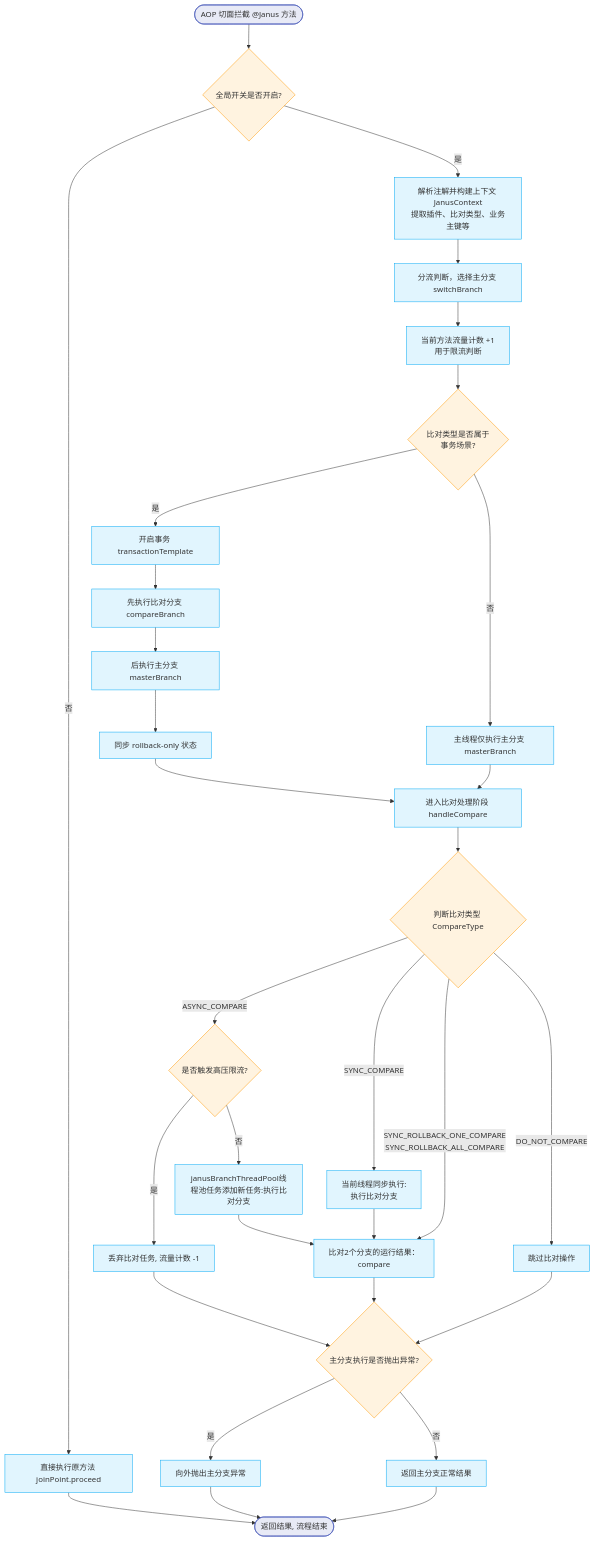
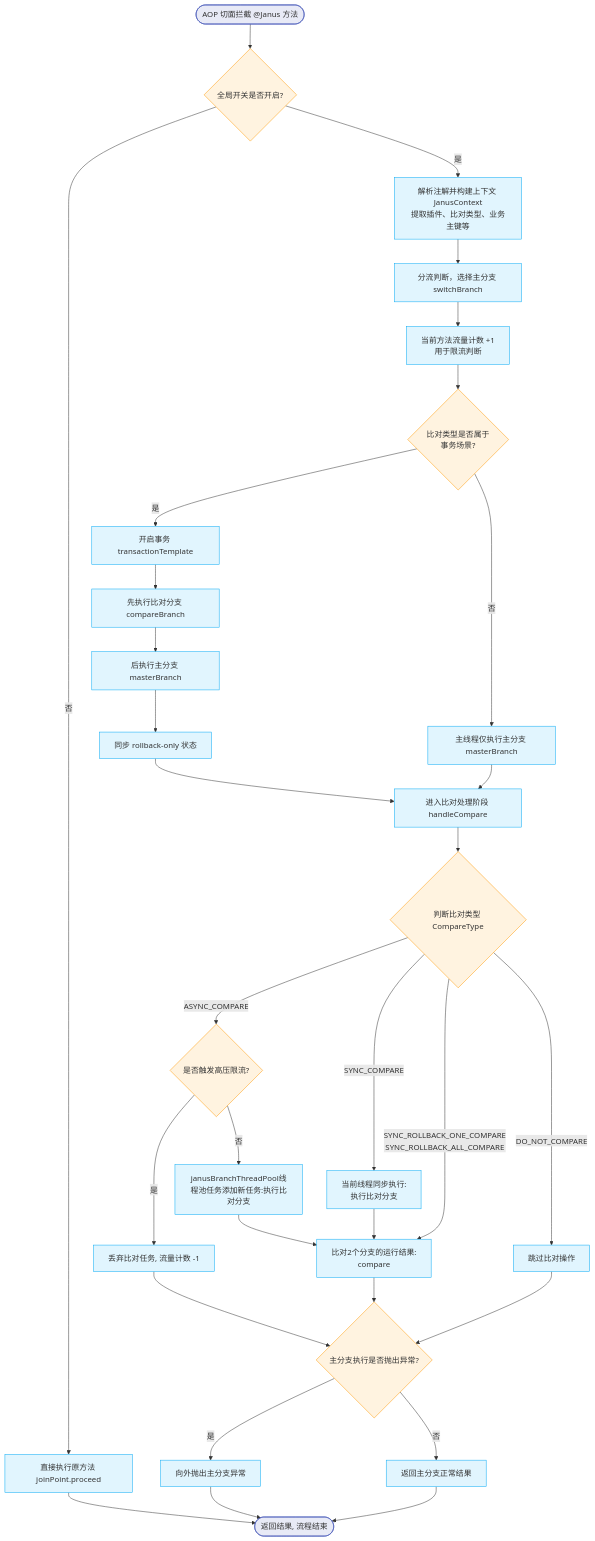
One commit to kenta-sun/Janus changed the diagram in README.md. Above: the diagram before and after it, drawn with Mermaid.

Commit message:
optimize: 补充 README.md

````diff
--- a/README.md
+++ b/README.md
@@ -670,59 +670,59 @@
 ```mermaid
 graph TD
     A([AOP 切面拦截 @Janus 方法]) --> B{全局开关是否开启?}
     
     B -- 否 --> C[直接执行原方法 joinPoint.proceed]
     C --> Z([返回结果, 流程结束])
     
     B -- 是 --> D[解析注解并构建上下文 JanusContext<br/>提取插件、比对类型、业务主键等]
     
     D --> E[分流判断，选择主分支 switchBranch]
     E --> F[当前方法流量计数 +1 <br/>用于限流判断]
     
     F --> G{比对类型是否属于<br/>事务场景?}
     
     G -- 是 --> H[开启事务 transactionTemplate]
     H --> I[先执行比对分支 compareBranch]
     I --> J[后执行主分支 masterBranch]
     J --> K[同步 rollback-only 状态]
     K --> M[进入比对处理阶段 handleCompare]
     
     G -- 否 --> L[主线程仅执行主分支 masterBranch]
     L --> M
     
     M --> N{判断比对类型 CompareType}
     
     N -- ASYNC_COMPARE --> O{是否触发高压限流?}
     O -- 是 --> P[丢弃比对任务, 流量计数 -1]
     O -- 否 --> Q[janusBranchThreadPool线程池任务添加新任务:执行比对分支]
     P --> U
     Q --> S
     
     N -- SYNC_COMPARE --> R[当前线程同步执行:<br/>执行比对分支]
     R --> S
     
-    N -- SYNC_ROLLBACK_ONE_COMPARE<br/>SYNC_ROLLBACK_ALL_COMPARE --> S
+    N -- "SYNC_ROLLBACK_ONE_COMPARE<br/>SYNC_ROLLBACK_ALL_COMPARE" --> S
     
-    S[比对2个分支的运行结果：<br/>compare]
+    S[比对2个分支的运行结果:<br/>compare]
 
     S --> U
     
     N -- DO_NOT_COMPARE --> T[跳过比对操作]
     T --> U
     
     U{主分支执行是否抛出异常?}
     U -- 是 --> V[向外抛出主分支异常]
     U -- 否 --> W[返回主分支正常结果]
     
     V --> Z
     W --> Z
     
     classDef default fill:#f9f9f9,stroke:#333,stroke-width:1px;
     classDef process fill:#e1f5fe,stroke:#03a9f4,stroke-width:1px;
     classDef decision fill:#fff3e0,stroke:#ff9800,stroke-width:1px;
     classDef terminator fill:#e8eaf6,stroke:#3f51b5,stroke-width:1px;
     
     class A,Z terminator;
     class B,G,N,O,U decision;
     class C,D,E,F,H,I,J,K,L,M,P,Q,R,S,T,V,W process;
 ```
````
